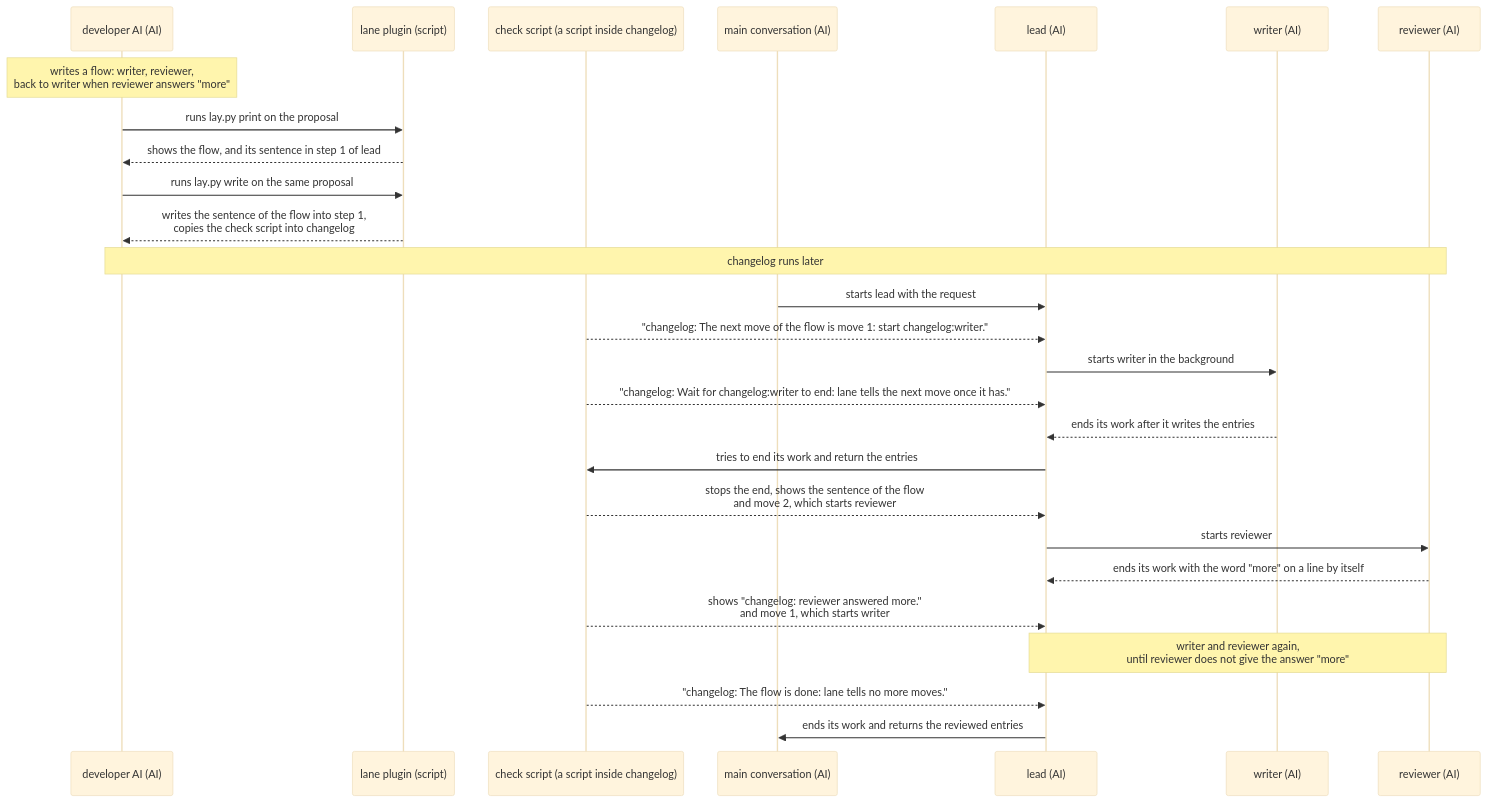
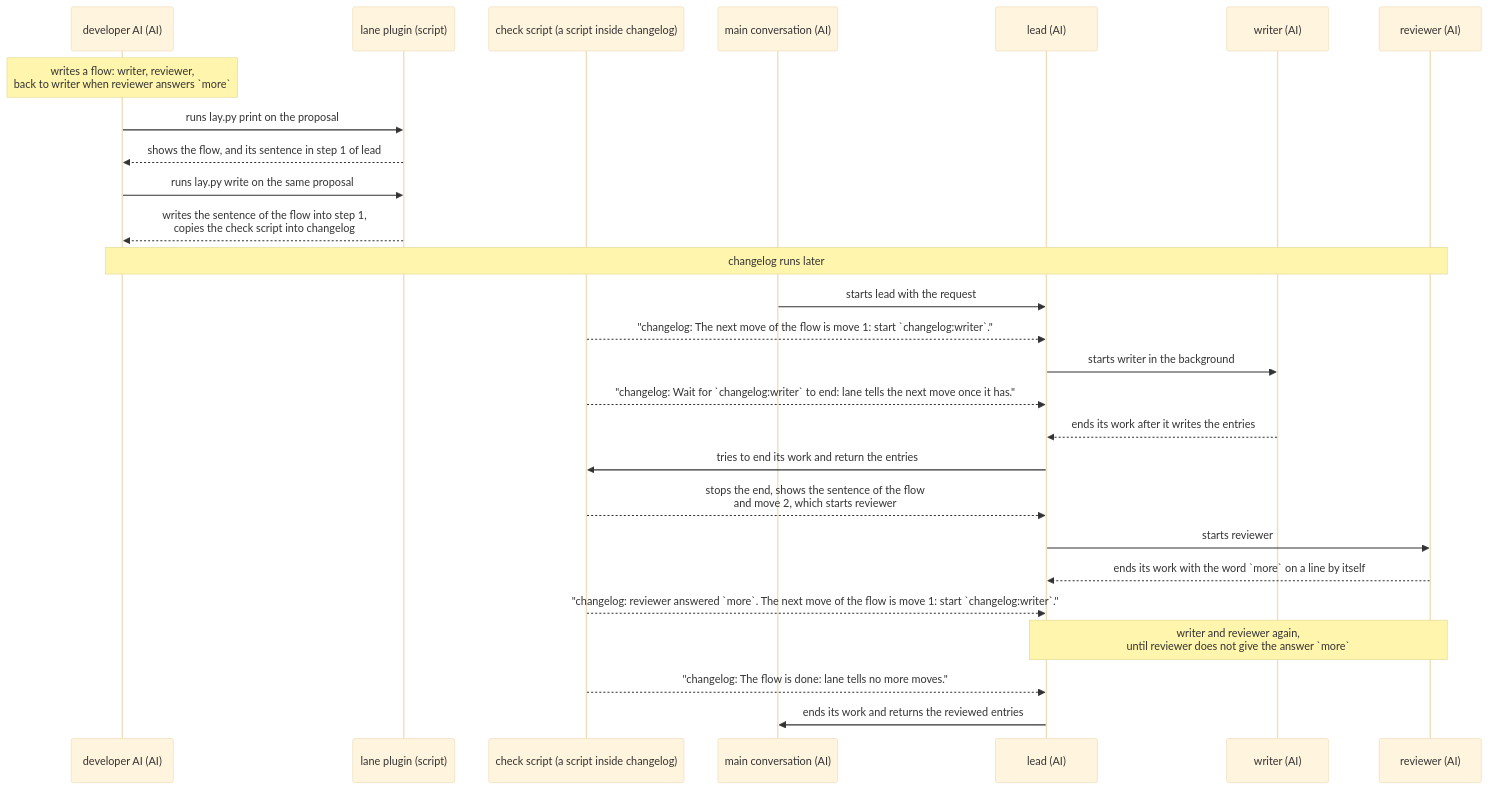
Before and after one commit to lovaizu/ccpm: the second of 2 diagrams in dev/lane/ux.md, drawn with Mermaid (base theme). The commit also changed other lines of this file and 2 other files, not shown here.

First line of the commit message:
Mend lane's UX, README and architecture on a fresh evaluator's reading

````diff
--- a/dev/lane/ux.md
+++ b/dev/lane/ux.md
@@ -162,29 +168,29 @@
 ```mermaid
 sequenceDiagram
   participant A as developer AI (AI)
   participant L as lane plugin (script)
   participant K as check script (a script inside changelog)
   participant M as main conversation (AI)
   participant O as lead (AI)
   participant W as writer (AI)
   participant R as reviewer (AI)
-  Note over A: writes a flow: writer, reviewer,<br>back to writer when reviewer answers "more"
+  Note over A: writes a flow: writer, reviewer,<br>back to writer when reviewer answers `more`
   A->>L: runs lay.py print on the proposal
   L-->>A: shows the flow, and its sentence in step 1 of lead
   A->>L: runs lay.py write on the same proposal
   L-->>A: writes the sentence of the flow into step 1,<br>copies the check script into changelog
   Note over A,R: changelog runs later
   M->>O: starts lead with the request
-  K-->>O: "changelog: The next move of the flow is move 1: start changelog:writer."
+  K-->>O: "changelog: The next move of the flow is move 1: start `changelog:writer`."
   O->>W: starts writer in the background
-  K-->>O: "changelog: Wait for changelog:writer to end: lane tells the next move once it has."
+  K-->>O: "changelog: Wait for `changelog:writer` to end: lane tells the next move once it has."
   W-->>O: ends its work after it writes the entries
   O->>K: tries to end its work and return the entries
   K-->>O: stops the end, shows the sentence of the flow<br>and move 2, which starts reviewer
   O->>R: starts reviewer
-  R-->>O: ends its work with the word "more" on a line by itself
-  K-->>O: shows "changelog: reviewer answered more."<br>and move 1, which starts writer
-  Note over O,R: writer and reviewer again,<br>until reviewer does not give the answer "more"
+  R-->>O: ends its work with the word `more` on a line by itself
+  K-->>O: "changelog: reviewer answered `more`. The next move of the flow is move 1: start `changelog:writer`."
+  Note over O,R: writer and reviewer again,<br>until reviewer does not give the answer `more`
   K-->>O: "changelog: The flow is done: lane tells no more moves."
   O->>M: ends its work and returns the reviewed entries
 ```
````
